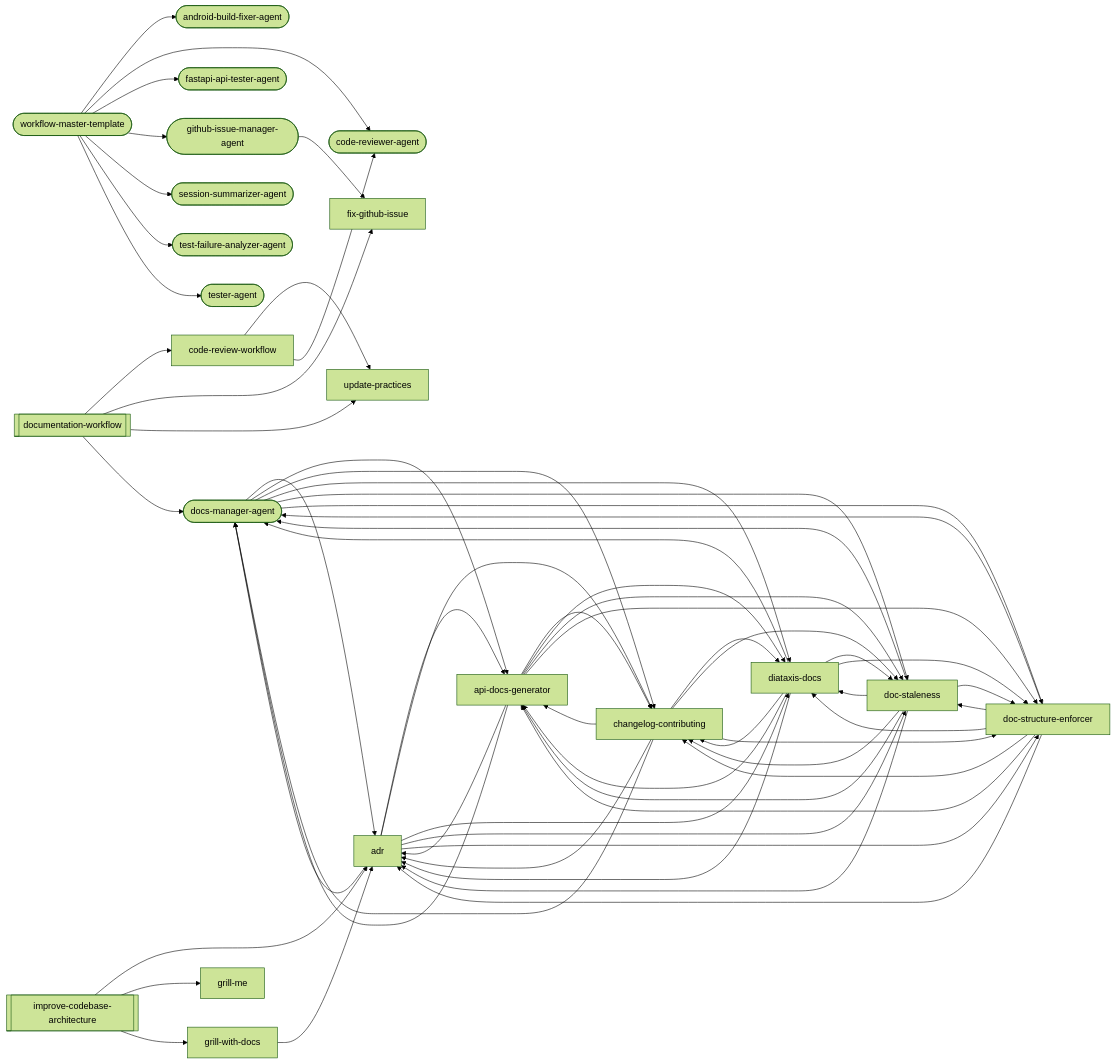
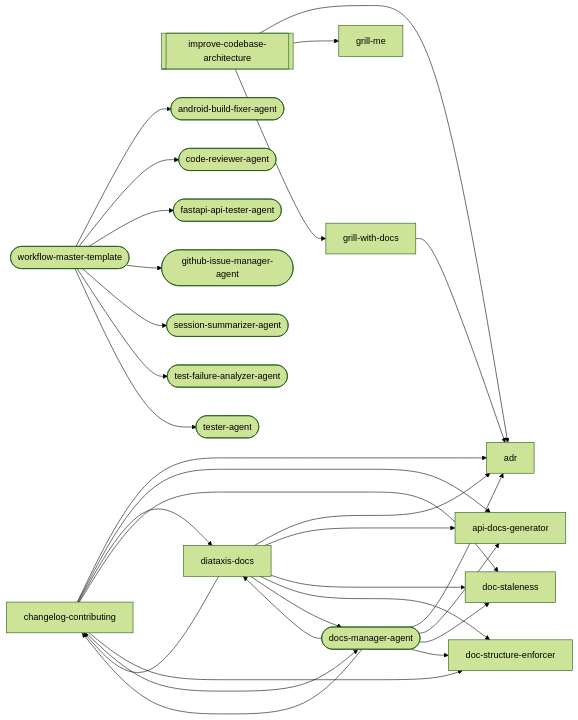
The fourth of 9 diagrams in docs/workflows/documentation.md (abhayla/claude-best-practices), drawn with Mermaid (forest theme) before and after one commit. The commit also changed other lines of this file and 64 other files, not shown here.

````diff
--- a/docs/workflows/documentation.md
+++ b/docs/workflows/documentation.md
@@ -656,69 +245,35 @@
 ```mermaid
 graph LR
-    documentation_workflow[["documentation-workflow"]]
     improve_codebase_architecture[["improve-codebase-architecture"]]
     workflow_master_template(["workflow-master-template"])
     adr["adr"]
     android_build_fixer_agent(["android-build-fixer-agent"])
     api_docs_generator["api-docs-generator"]
     changelog_contributing["changelog-contributing"]
-    code_review_workflow["code-review-workflow"]
     code_reviewer_agent(["code-reviewer-agent"])
     diataxis_docs["diataxis-docs"]
     doc_staleness["doc-staleness"]
     doc_structure_enforcer["doc-structure-enforcer"]
     docs_manager_agent(["docs-manager-agent"])
     fastapi_api_tester_agent(["fastapi-api-tester-agent"])
-    fix_github_issue["fix-github-issue"]
     github_issue_manager_agent(["github-issue-manager-agent"])
     grill_me["grill-me"]
     grill_with_docs["grill-with-docs"]
     session_summarizer_agent(["session-summarizer-agent"])
     test_failure_analyzer_agent(["test-failure-analyzer-agent"])
     tester_agent(["tester-agent"])
-    update_practices["update-practices"]
-    adr --> api_docs_generator
-    adr --> changelog_contributing
-    adr --> diataxis_docs
-    adr --> doc_staleness
-    adr --> doc_structure_enforcer
-    adr --> docs_manager_agent
-    api_docs_generator --> adr
-    api_docs_generator --> changelog_contributing
-    api_docs_generator --> diataxis_docs
-    api_docs_generator --> doc_staleness
-    api_docs_generator --> doc_structure_enforcer
-    api_docs_generator --> docs_manager_agent
     changelog_contributing --> adr
     changelog_contributing --> api_docs_generator
     changelog_contributing --> diataxis_docs
     changelog_contributing --> doc_staleness
     changelog_contributing --> doc_structure_enforcer
     changelog_contributing --> docs_manager_agent
-    code_review_workflow --> update_practices
-    code_review_workflow --> code_reviewer_agent
     diataxis_docs --> adr
     diataxis_docs --> api_docs_generator
     diataxis_docs --> changelog_contributing
     diataxis_docs --> doc_staleness
     diataxis_docs --> doc_structure_enforcer
     diataxis_docs --> docs_manager_agent
-    doc_staleness --> adr
-    doc_staleness --> api_docs_generator
-    doc_staleness --> changelog_contributing
-    doc_staleness --> diataxis_docs
-    doc_staleness --> doc_structure_enforcer
-    doc_staleness --> docs_manager_agent
-    doc_structure_enforcer --> adr
-    doc_structure_enforcer --> api_docs_generator
-    doc_structure_enforcer --> changelog_contributing
-    doc_structure_enforcer --> diataxis_docs
-    doc_structure_enforcer --> doc_staleness
-    doc_structure_enforcer --> docs_manager_agent
-    documentation_workflow --> code_review_workflow
-    documentation_workflow --> fix_github_issue
-    documentation_workflow --> update_practices
-    documentation_workflow --> docs_manager_agent
     grill_with_docs --> adr
     improve_codebase_architecture --> adr
     improve_codebase_architecture --> grill_me
@@ -729,7 +284,6 @@
     docs_manager_agent --> diataxis_docs
     docs_manager_agent --> doc_staleness
     docs_manager_agent --> doc_structure_enforcer
-    github_issue_manager_agent --> fix_github_issue
     workflow_master_template --> android_build_fixer_agent
     workflow_master_template --> code_reviewer_agent
     workflow_master_template --> fastapi_api_tester_agent
````
